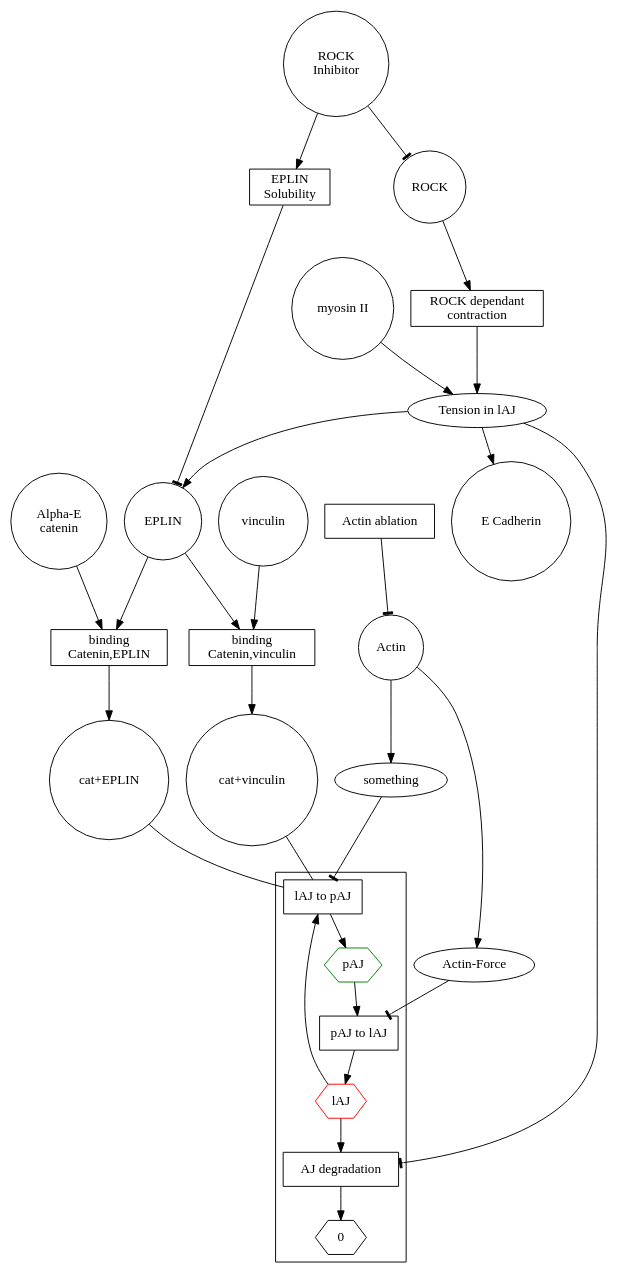
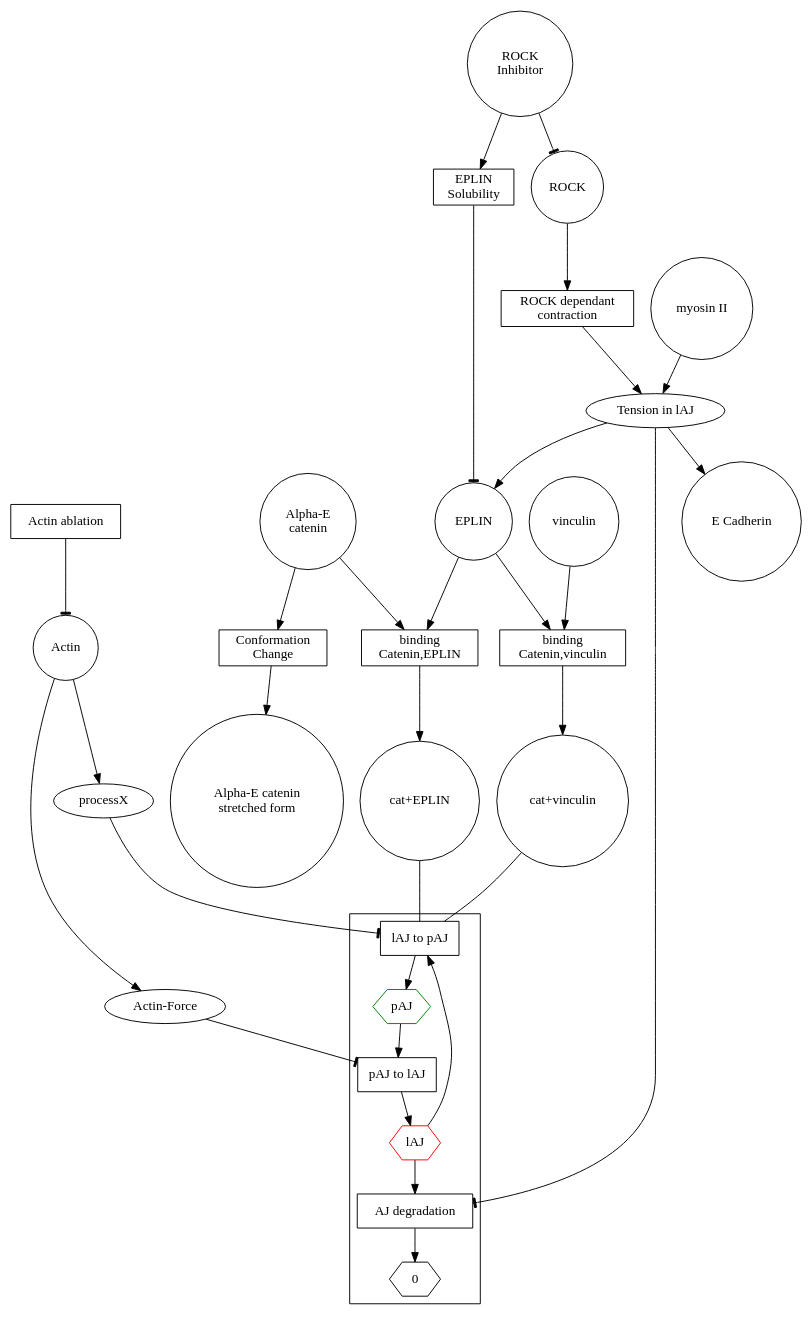
The diagram in CellBiology_2015/CellAdhesionMigration_ColinJ/adherent_junction_network.dot (dilawar/Courses), drawn with Graphviz before and after one commit.

```diff
--- a/CellBiology_2015/CellAdhesionMigration_ColinJ/adherent_junction_network.dot
+++ b/CellBiology_2015/CellAdhesionMigration_ColinJ/adherent_junction_network.dot
@@ -1,102 +1,109 @@
 digraph aj {
-
-    subgraph place {
-        node[shape=rect]
-        aj2paj [ label="lAJ to pAJ"];
-        paj2aj [ label="pAJ to lAJ"];
-        laser_ablation_actin [label="Actin ablation"];
-        // Other force
-        rock_dep_contraction[label="ROCK dependant\n contraction"];
-        aj_degradation[label="AJ degradation"];
-        eplin_sol[label="EPLIN\nSolubility"];
-        binding_cat_eplin[label="binding\nCatenin,EPLIN"];
-        binding_cat_vinculin[label="binding\nCatenin,vinculin"];
-    }
 
     subgraph molecule {
         node[shape=circle]
         alpha_e_catenin[label="Alpha-E\ncatenin"];
+        alpha_e_catenin_stretched[label="Alpha-E catenin\nstretched form"];
         eplin[label="EPLIN"];
         vinculin[label="vinculin"];
         myosinii[label="myosin II"];
         e_cadherin[label="E Cadherin"];
         rock[label="ROCK"];
         rock_inhibitor[label="ROCK\nInhibitor"];
         actin_peri [label="Actin"];
         alpha_e_catenin__eplin[label="cat+EPLIN"];
         alpha_e_catenin__vinculin[label="cat+vinculin"];
     }
 
+    subgraph place {
+        node[shape=rect]
+        aj2paj [ label="lAJ to pAJ"];
+        paj2aj [ label="pAJ to lAJ"];
+        laser_ablation_actin [label="Actin ablation"];
+        rock_dep_contraction[label="ROCK dependant\n contraction"];
+        aj_degradation[label="AJ degradation"];
+        eplin_sol[label="EPLIN\nSolubility"];
+        binding_cat_eplin[label="binding\nCatenin,EPLIN"];
+        binding_cat_vinculin[label="binding\nCatenin,vinculin"];
+        conformation_catenin[label="Conformation\nChange"];
+    }
 
     subgraph cluster_junction {
         node[shape=hexagon];
         aj [label="lAJ", color=red];
         paj [label="pAJ",color=green];
         aj_null [label="0"];
         aj_degradation;
         paj2aj;
         aj2paj;
         aj -> aj_degradation -> aj_null;
     }
 
     subgraph clster_process {
         //alpha_e_catenin;
         //eplin;
         //vinculin;
         alpha_e_catenin__vinculin;
         alpha_e_catenin__eplin;
     }
 
     // Binding 
     vinculin -> binding_cat_vinculin;
     eplin -> binding_cat_vinculin;
     binding_cat_vinculin -> alpha_e_catenin__vinculin;
 
     alpha_e_catenin -> binding_cat_eplin;
     eplin -> binding_cat_eplin;
     binding_cat_eplin -> alpha_e_catenin__eplin;
 
     rock_inhibitor -> eplin_sol;
     eplin_sol -> eplin[arrowhead=tee];
 
     // Cluster together the force involved.
     subgraph clster_forces {
         tension_iaj [label="Tension in lAJ"];
         actin_force_periphery [label="Actin-Force"];
         laser_ablation_actin;
         tension_iaj;
         rock_dep_contraction;
     };
 
     actin_peri -> actin_force_periphery;
     myosinii -> tension_iaj;
     rock -> rock_dep_contraction;
     rock_inhibitor -> rock[arrowhead=tee];
 
 
     // Process
     aj -> aj2paj -> paj;
 
     // laser ablation of actin
 
 
     alpha_e_catenin__eplin -> aj2paj [arrowhead=none];
     alpha_e_catenin__vinculin -> aj2paj [arrowhead=none];
 
     paj -> paj2aj -> aj;
 
     // actin
     actin_force_periphery -> paj2aj[arrowhead=tee];
     laser_ablation_actin -> actin_peri [arrowhead=tee];
-    actin_peri -> something;
-    something -> aj2paj [arrowhead=tee];
+
+    // actin also causes conformation in catenin
+    alpha_e_catenin -> conformation_catenin;
+    conformation_catenin -> alpha_e_catenin_stretched;
+
+
+    // This is core of the paper
+    actin_peri -> processX;
+    processX -> aj2paj [arrowhead=tee];
 
     // ROCK
     rock_dep_contraction -> tension_iaj;
     tension_iaj -> aj_degradation [arrowhead=tee];
 
     // upregulation of EPLIN by external tension
     tension_iaj -> eplin;
     tension_iaj -> e_cadherin;
 
 }
```
